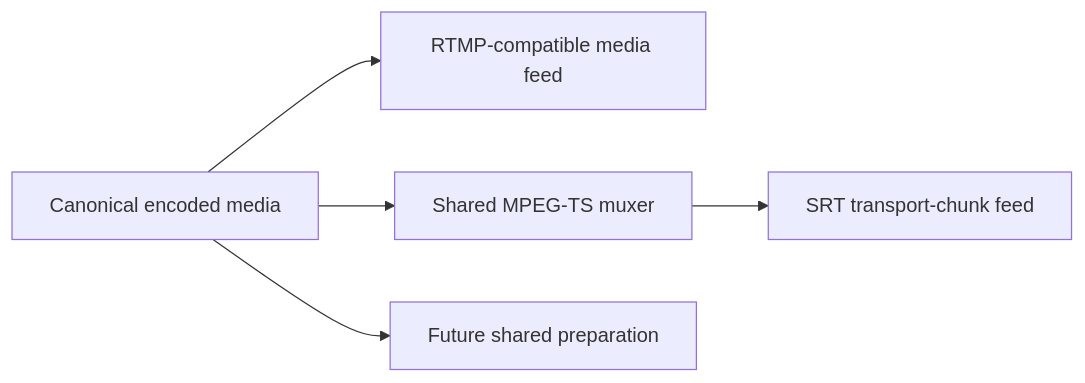
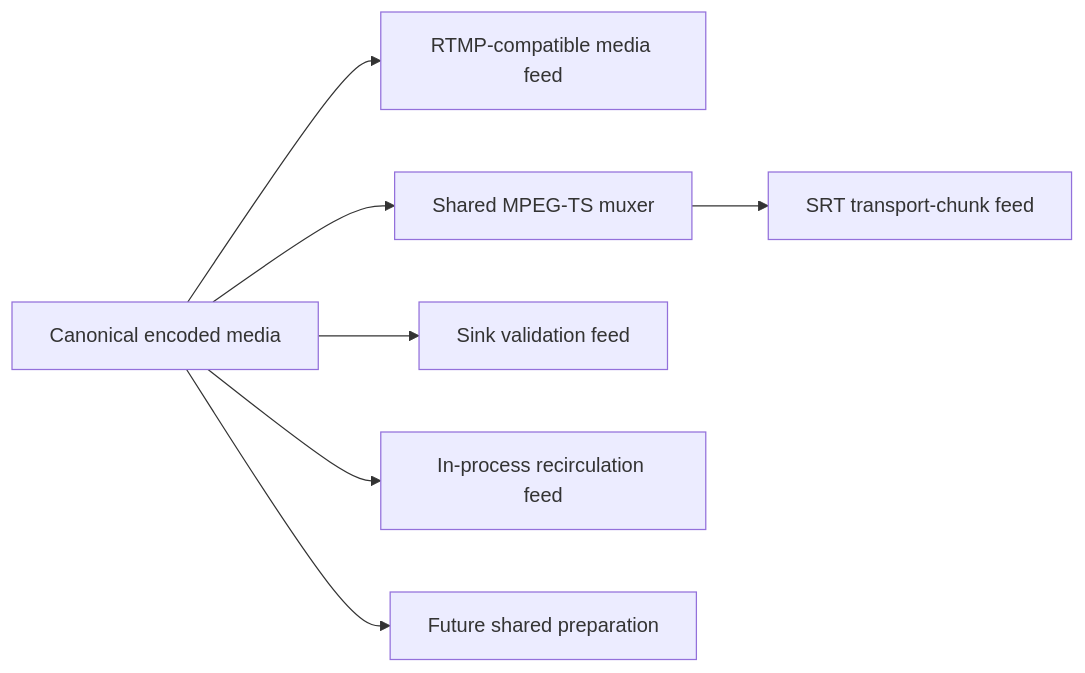
Before and after one commit to krsna1729/restream: the fourth of 5 diagrams in docs/egress-architecture.md, drawn with Mermaid. The commit also changed other lines of this file and 1 other file, not shown here.

First line of the commit message:
docs(egress): phase 4 plan sink and recirculation

````diff
--- a/docs/egress-architecture.md
+++ b/docs/egress-architecture.md
@@ -216,7 +216,9 @@
 ```mermaid
 flowchart LR
     Canonical["Canonical encoded media"] --> RtmpFeed["RTMP-compatible media feed"]
     Canonical --> TsMux["Shared MPEG-TS muxer"]
     TsMux --> SrtFeed["SRT transport-chunk feed"]
+    Canonical --> SinkFeed["Sink validation feed"]
+    Canonical --> RecirculateFeed["In-process recirculation feed"]
     Canonical --> Future["Future shared preparation"]
 ```
````
